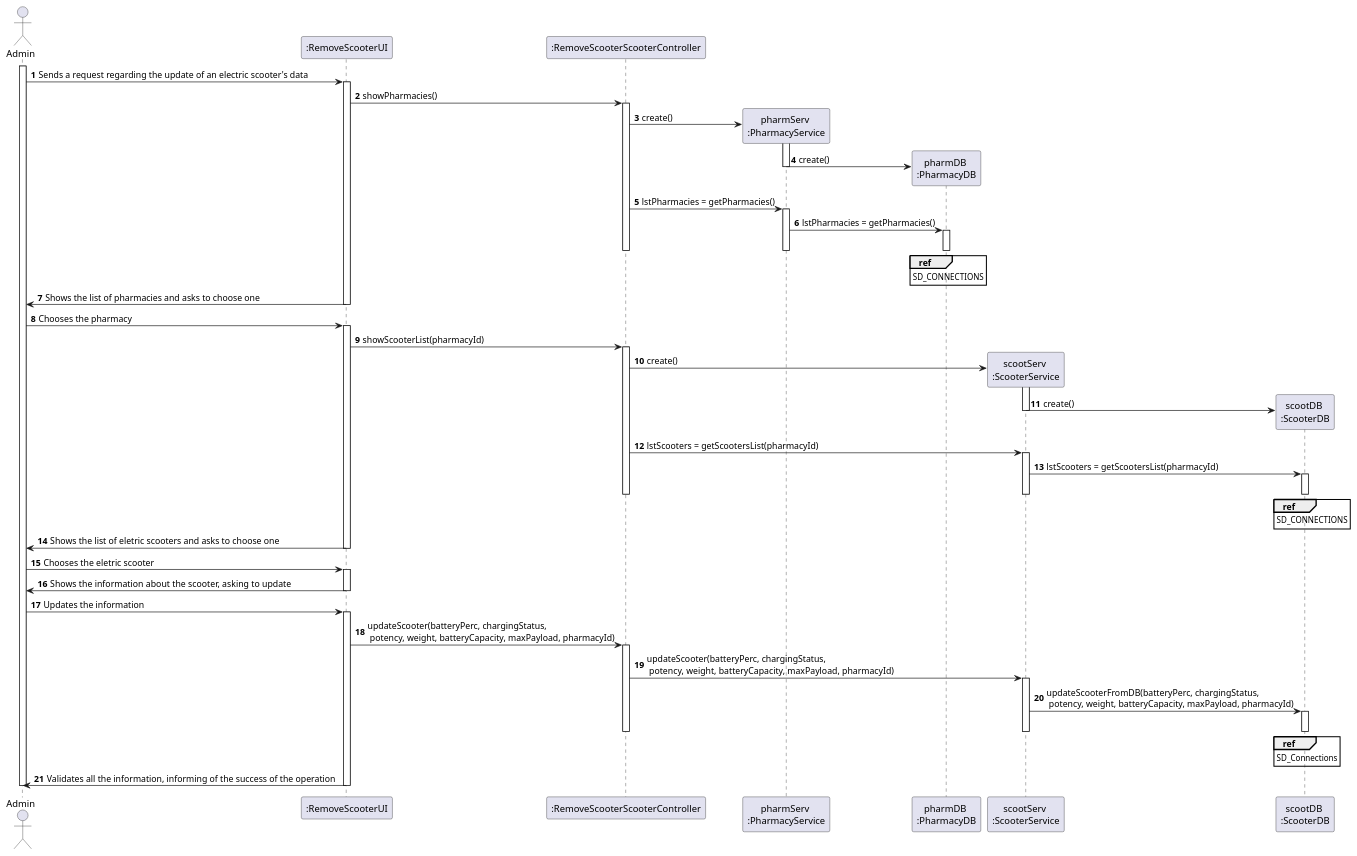
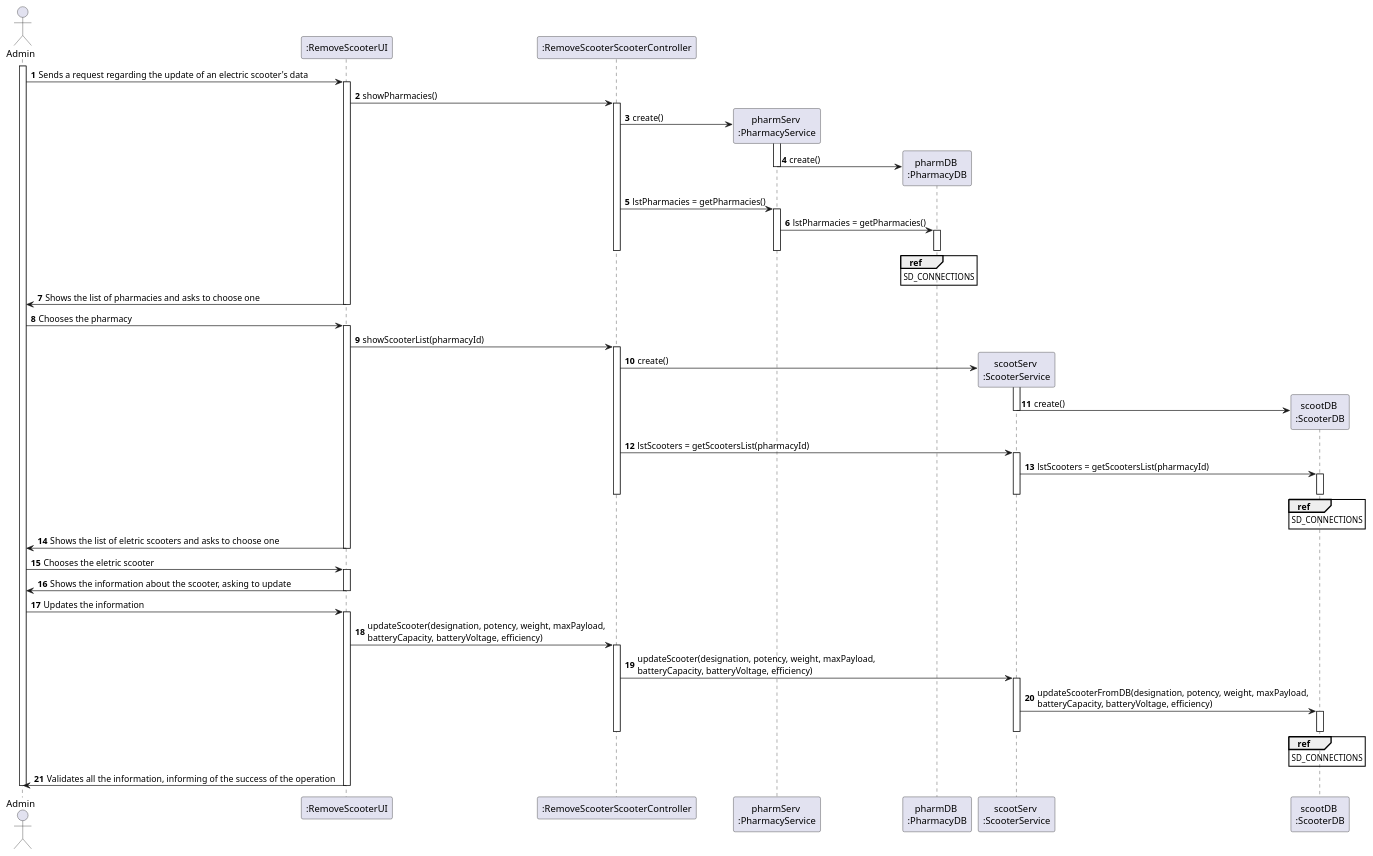
The diagram in docs/Iteration 3/Scooter Management/Refinement/US32_UpdateScooter/US32_SD.puml (tiagoavcosta25/LAPR3), drawn with PlantUML before and after one commit. The commit also changed 14 other files, not shown here.

```diff
--- a/docs/Iteration 3/Scooter Management/Refinement/US32_UpdateScooter/US32_SD.puml
+++ b/docs/Iteration 3/Scooter Management/Refinement/US32_UpdateScooter/US32_SD.puml
@@ -1,81 +1,81 @@
 @startuml
 autonumber
 actor "Admin" as ADMIN
 
 participant ":RemoveScooterUI" as UI
 participant ":RemoveScooterScooterController" as CTRL
 participant "pharmServ \n:PharmacyService" as PHS
 participant "pharmDB \n:PharmacyDB" as PHDB
 participant "scootServ \n:ScooterService" as SS
 participant "scootDB \n:ScooterDB" as SDB
 
 activate ADMIN
 
 ADMIN -> UI : Sends a request regarding the update of an electric scooter's data
 activate UI
 UI -> CTRL : showPharmacies()
 activate CTRL
 CTRL -> PHS ** : create()
 activate PHS
 PHS -> PHDB ** : create()
 deactivate PHS
 CTRL -> PHS : lstPharmacies = getPharmacies()
 activate PHS
 PHS -> PHDB : lstPharmacies = getPharmacies()
 activate PHDB
 ref over PHDB
 SD_CONNECTIONS
 end ref
 deactivate PHDB
 deactivate PHS
 deactivate CTRL
 UI -> ADMIN : Shows the list of pharmacies and asks to choose one
 deactivate UI
 
 ADMIN -> UI : Chooses the pharmacy
 activate UI
 UI -> CTRL : showScooterList(pharmacyId)
 activate CTRL
 CTRL -> SS ** : create()
 activate SS
 SS -> SDB ** : create()
 deactivate SS
 CTRL -> SS : lstScooters = getScootersList(pharmacyId)
 activate SS
 SS -> SDB : lstScooters = getScootersList(pharmacyId)
 activate SDB
 ref over SDB
 SD_CONNECTIONS
 end ref
 deactivate SDB
 deactivate SS
 deactivate CTRL
 UI -> ADMIN : Shows the list of eletric scooters and asks to choose one
 deactivate UI
 ADMIN -> UI : Chooses the eletric scooter
 activate UI
 
 UI -> ADMIN : Shows the information about the scooter, asking to update
 deactivate UI
 
 ADMIN -> UI : Updates the information
 activate UI
-UI -> CTRL : updateScooter(batteryPerc, chargingStatus,\n potency, weight, batteryCapacity, maxPayload, pharmacyId)
+UI -> CTRL : updateScooter(designation, potency, weight, maxPayload,\nbatteryCapacity, batteryVoltage, efficiency)
 activate CTRL
-CTRL -> SS : updateScooter(batteryPerc, chargingStatus,\n potency, weight, batteryCapacity, maxPayload, pharmacyId)
+CTRL -> SS : updateScooter(designation, potency, weight, maxPayload,\nbatteryCapacity, batteryVoltage, efficiency)
 activate SS
-SS -> SDB : updateScooterFromDB(batteryPerc, chargingStatus,\n potency, weight, batteryCapacity, maxPayload, pharmacyId)
+SS -> SDB : updateScooterFromDB(designation, potency, weight, maxPayload,\nbatteryCapacity, batteryVoltage, efficiency)
 activate SDB
 ref over SDB
-SD_Connections
+SD_CONNECTIONS
 end ref
 deactivate SDB
 deactivate SS
 deactivate CTRL
 UI -> ADMIN : Validates all the information, informing of the success of the operation
 
 deactivate UI
 
 deactivate ADMIN
 
 @enduml
```
